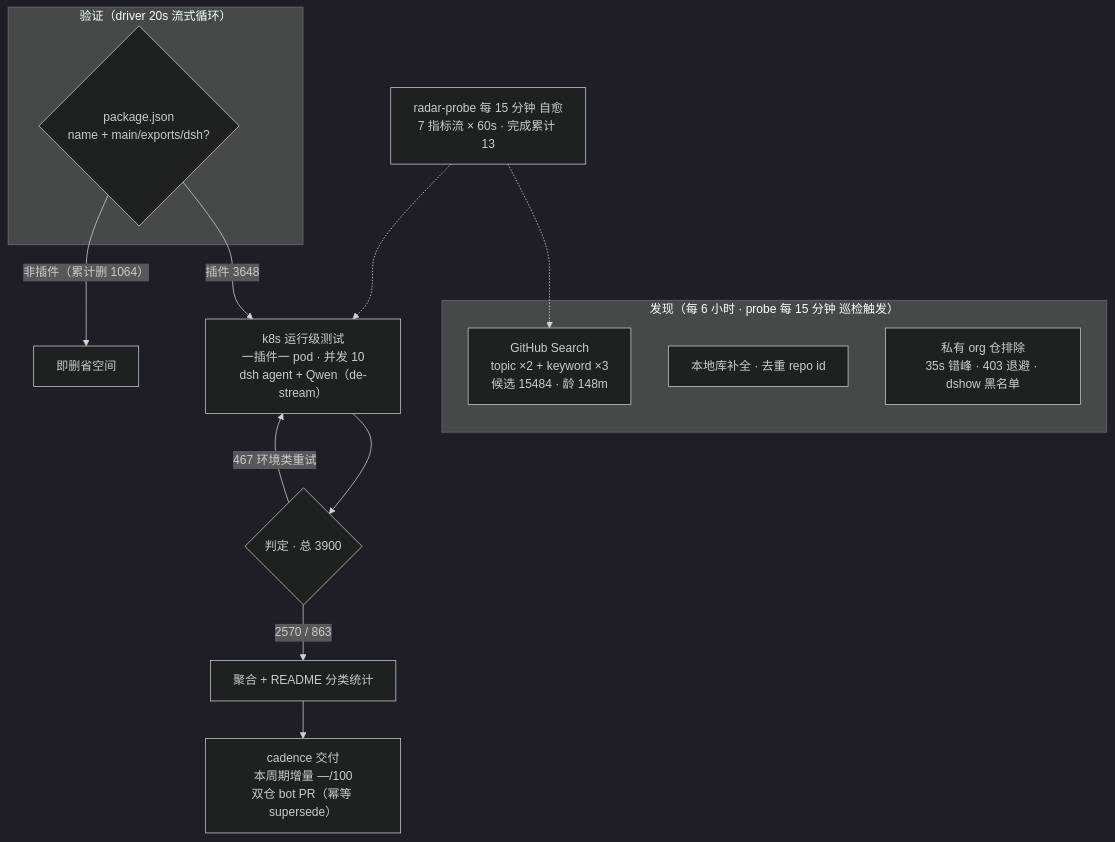
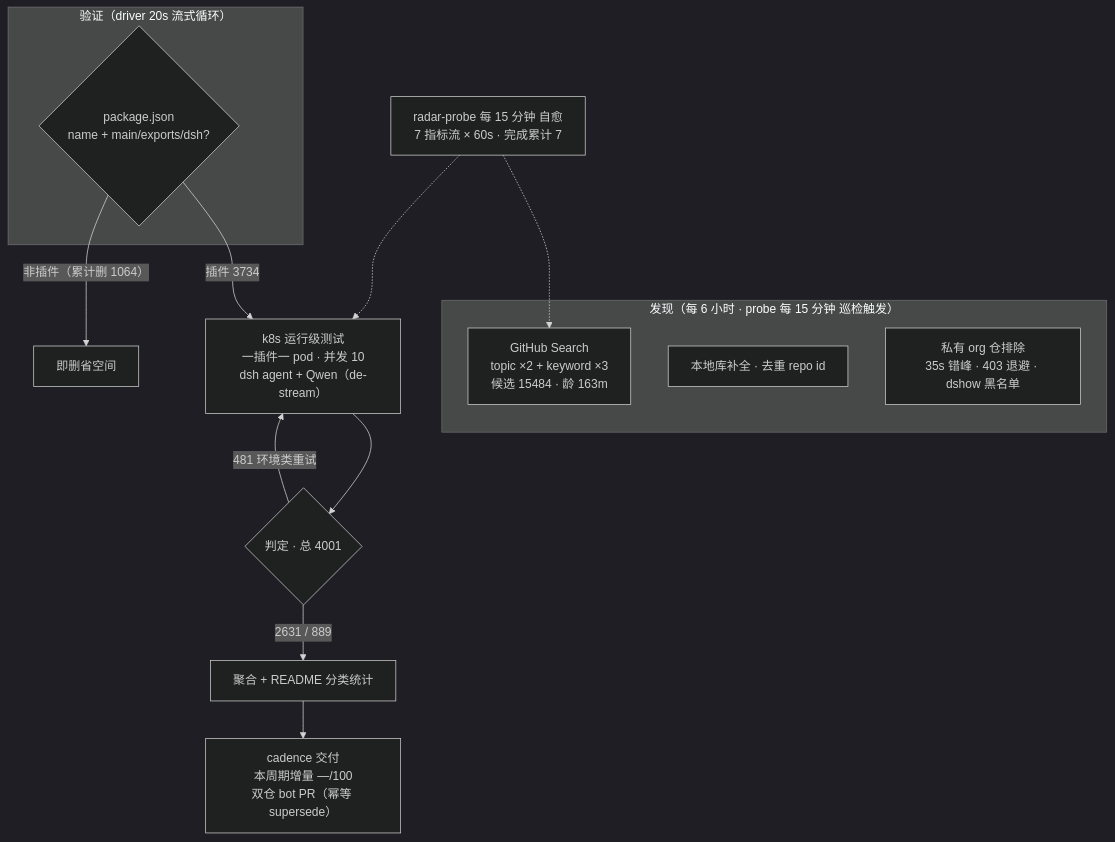
Before and after one commit to Zhidao-Lab-OSS/awesome-dsh-plugins: the diagram in README.md, drawn with Mermaid (dark theme). The commit also changed other lines of this file and 1 other file, not shown here.

````diff
--- a/README.md
+++ b/README.md
@@ -37,20 +37,20 @@
 ```mermaid
 flowchart TB
     subgraph Discovery["发现（每 6 小时 · probe 每 15 分钟 巡检触发）"]
-        A1["GitHub Search<br/>topic ×2 + keyword ×3<br/>候选 15484 · 龄 148m"]
+        A1["GitHub Search<br/>topic ×2 + keyword ×3<br/>候选 15484 · 龄 163m"]
         A2["本地库补全 · 去重 repo id"]
         A3["私有 org 仓排除<br/>35s 错峰 · 403 退避 · dshow 黑名单"]
     end
     subgraph Validation["验证（driver 20s 流式循环）"]
         B1{"package.json<br/>name + main/exports/dsh?"}
     end
-    B1 -->|"插件 3648"| C1["k8s 运行级测试<br/>一插件一 pod · 并发 10<br/>dsh agent + Qwen（de-stream）"]
+    B1 -->|"插件 3734"| C1["k8s 运行级测试<br/>一插件一 pod · 并发 10<br/>dsh agent + Qwen（de-stream）"]
     B1 -->|"非插件（累计删 1064）"| B3["即删省空间"]
-    C1 --> D1{"判定 · 总 3900"}
-    D1 -->|"2570 / 863"| E1["聚合 + README 分类统计"]
-    D1 -->|"467 环境类重试"| C1
+    C1 --> D1{"判定 · 总 4001"}
+    D1 -->|"2631 / 889"| E1["聚合 + README 分类统计"]
+    D1 -->|"481 环境类重试"| C1
     E1 --> E2["cadence 交付<br/>本周期增量 —/100<br/>双仓 bot PR（幂等 supersede）"]
-    M["radar-probe 每 15 分钟 自愈<br/>7 指标流 × 60s · 完成累计 13"]
+    M["radar-probe 每 15 分钟 自愈<br/>7 指标流 × 60s · 完成累计 7"]
     M -.-> A1
     M -.-> C1
 ```
````
